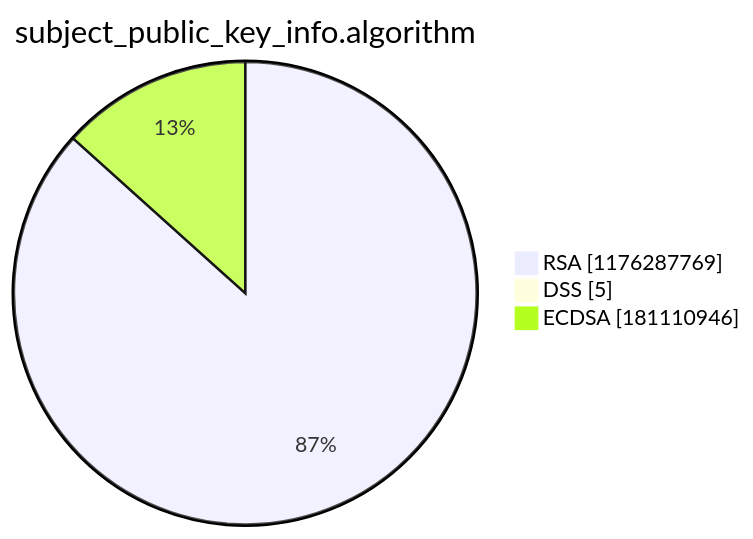
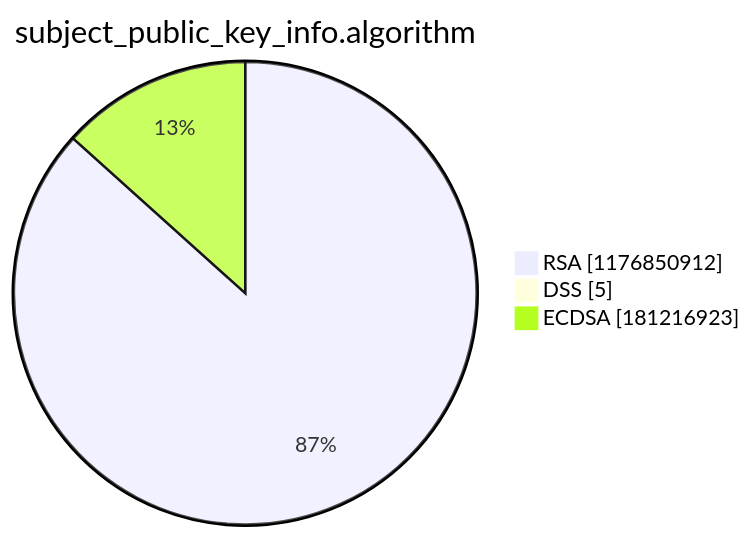
Before and after one commit to christiankrug/ctmonitor_visualization: the third of 15 diagrams in argon2022/README.md, drawn with Mermaid. The commit also changed other lines of this file, not shown here.

````diff
--- a/argon2022/README.md
+++ b/argon2022/README.md
@@ -14,7 +14,7 @@
 ```mermaid
 pie showData
 title subject_public_key_info.algorithm
-"RSA" :1176287769
+"RSA" :1176850912
 "DSS" :5
-"ECDSA" :181110946
+"ECDSA" :181216923
 ```
````
